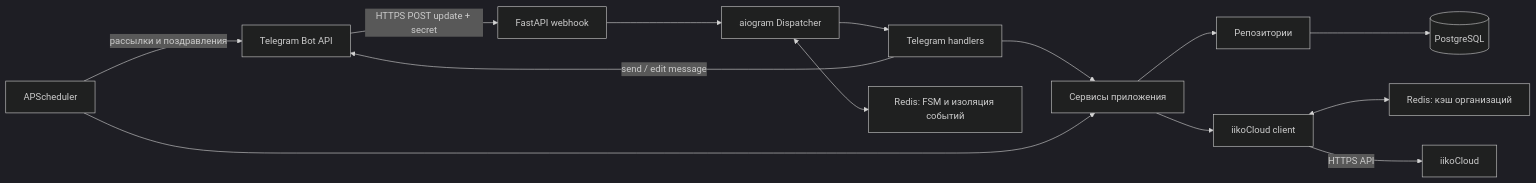
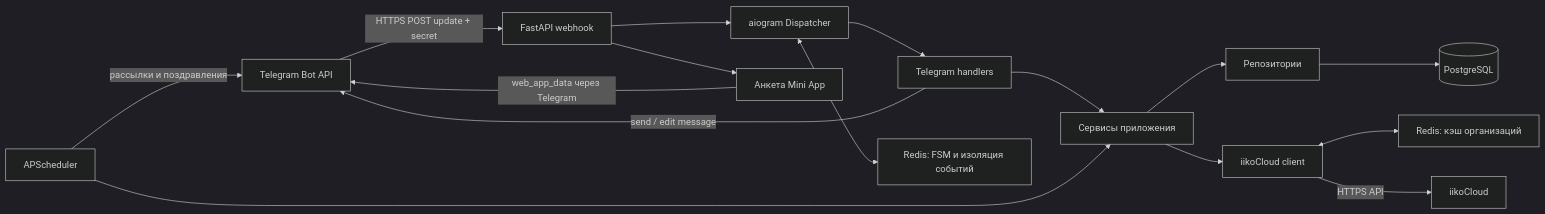
The first of 2 diagrams in README.md (alexzhiliuk/FishAndGuds), drawn with Mermaid (dark theme) before and after one commit. The commit also changed other lines of this file and 31 other files, not shown here.

````diff
--- a/README.md
+++ b/README.md
@@ -31,18 +32,20 @@
 ```mermaid
 flowchart LR
     Telegram[Telegram Bot API] -->|HTTPS POST update + secret| FastAPI[FastAPI webhook]
     FastAPI --> Dispatcher[aiogram Dispatcher]
+    FastAPI --> MiniApp[Анкета Mini App]
     Dispatcher --> Handlers[Telegram handlers]
     Handlers -->|send / edit message| Telegram
+    MiniApp -->|web_app_data через Telegram| Telegram
     Handlers --> Services[Сервисы приложения]
     Services --> Repositories[Репозитории]
     Repositories --> PostgreSQL[(PostgreSQL)]
 
     Dispatcher <--> FSM[Redis: FSM и изоляция событий]
     Services --> IikoClient[iikoCloud client]
     IikoClient <--> OrgCache[Redis: кэш организаций]
     IikoClient -->|HTTPS API| Iiko[iikoCloud]
 
     Scheduler[APScheduler] --> Services
     Scheduler -->|рассылки и поздравления| Telegram
 ```
````
